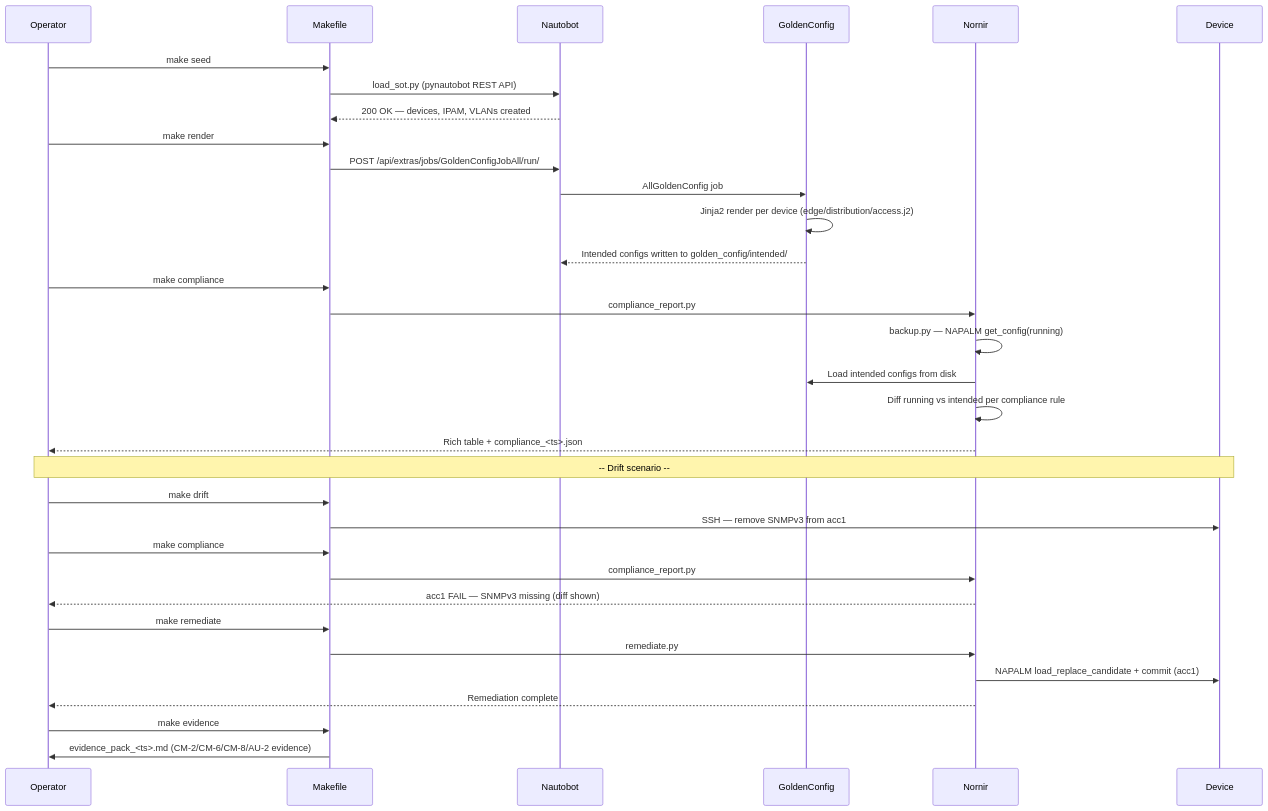
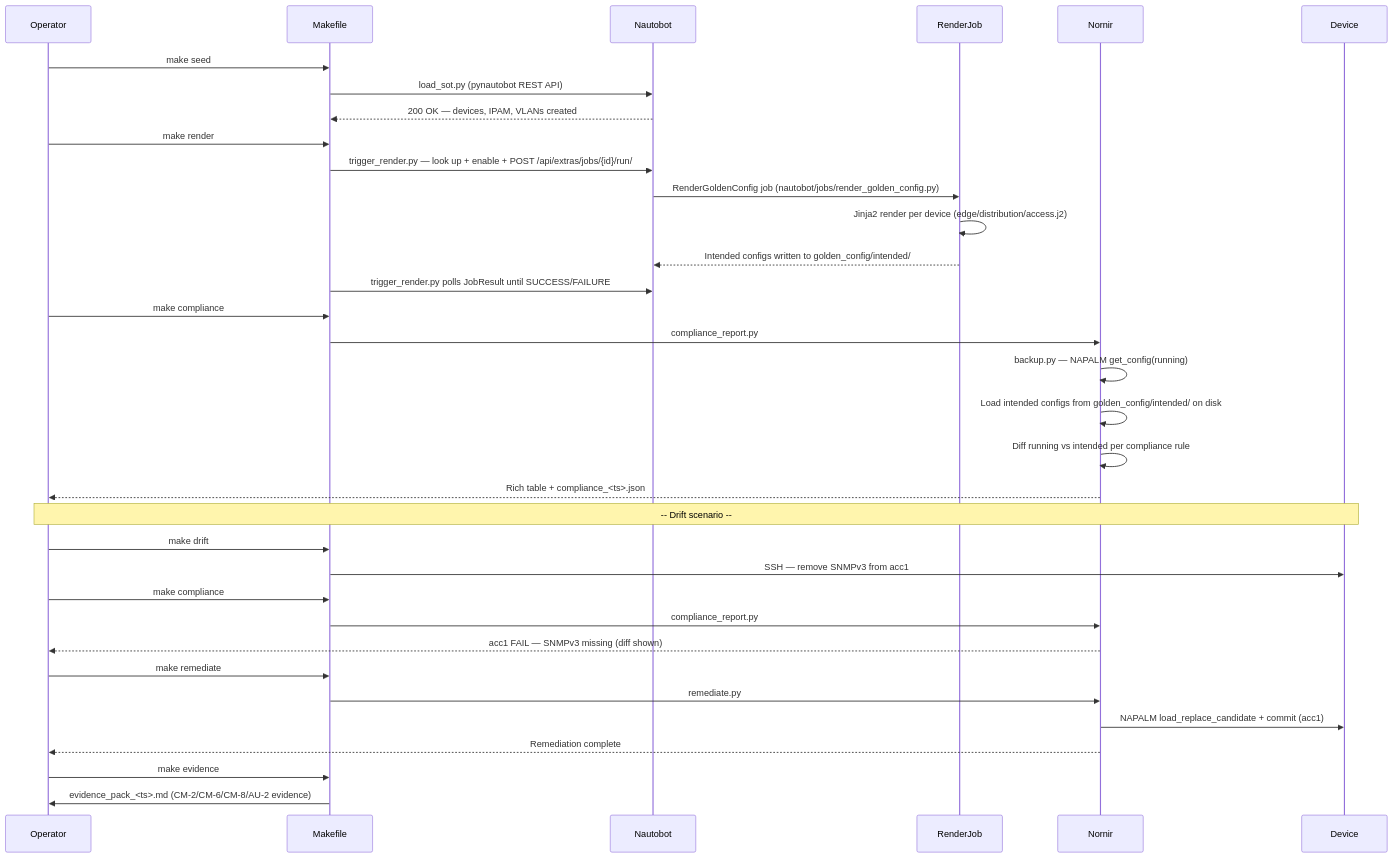
One commit to Patriot7Six/overwatch7six-netauto-demo changed the second of 2 diagrams in docs/architecture.md. Above: the diagram before and after it, drawn with Mermaid. The commit also changed other lines of this file and 5 other files, not shown here.

First line of the commit message:
docs: update README/runbook/architecture/assumptions for custom render job

````diff
--- a/docs/architecture.md
+++ b/docs/architecture.md
@@ -30,42 +30,43 @@
 ```mermaid
 sequenceDiagram
     participant Operator
     participant Makefile
     participant Nautobot
-    participant GoldenConfig
+    participant RenderJob
     participant Nornir
     participant Device
 
     Operator->>Makefile: make seed
     Makefile->>Nautobot: load_sot.py (pynautobot REST API)
     Nautobot-->>Makefile: 200 OK — devices, IPAM, VLANs created
 
     Operator->>Makefile: make render
-    Makefile->>Nautobot: POST /api/extras/jobs/GoldenConfigJobAll/run/
-    Nautobot->>GoldenConfig: AllGoldenConfig job
-    GoldenConfig->>GoldenConfig: Jinja2 render per device (edge/distribution/access.j2)
-    GoldenConfig-->>Nautobot: Intended configs written to golden_config/intended/
+    Makefile->>Nautobot: trigger_render.py — look up + enable + POST /api/extras/jobs/{id}/run/
+    Nautobot->>RenderJob: RenderGoldenConfig job (nautobot/jobs/render_golden_config.py)
+    RenderJob->>RenderJob: Jinja2 render per device (edge/distribution/access.j2)
+    RenderJob-->>Nautobot: Intended configs written to golden_config/intended/
+    Makefile->>Nautobot: trigger_render.py polls JobResult until SUCCESS/FAILURE
 
     Operator->>Makefile: make compliance
     Makefile->>Nornir: compliance_report.py
     Nornir->>Nornir: backup.py — NAPALM get_config(running)
-    Nornir->>GoldenConfig: Load intended configs from disk
+    Nornir->>Nornir: Load intended configs from golden_config/intended/ on disk
     Nornir->>Nornir: Diff running vs intended per compliance rule
     Nornir-->>Operator: Rich table + compliance_<ts>.json
 
     Note over Operator,Device: -- Drift scenario --
 
     Operator->>Makefile: make drift
     Makefile->>Device: SSH — remove SNMPv3 from acc1
     Operator->>Makefile: make compliance
     Makefile->>Nornir: compliance_report.py
     Nornir-->>Operator: acc1 FAIL — SNMPv3 missing (diff shown)
 
     Operator->>Makefile: make remediate
     Makefile->>Nornir: remediate.py
     Nornir->>Device: NAPALM load_replace_candidate + commit (acc1)
     Nornir-->>Operator: Remediation complete
 
     Operator->>Makefile: make evidence
     Makefile->>Operator: evidence_pack_<ts>.md (CM-2/CM-6/CM-8/AU-2 evidence)
 ```
````
